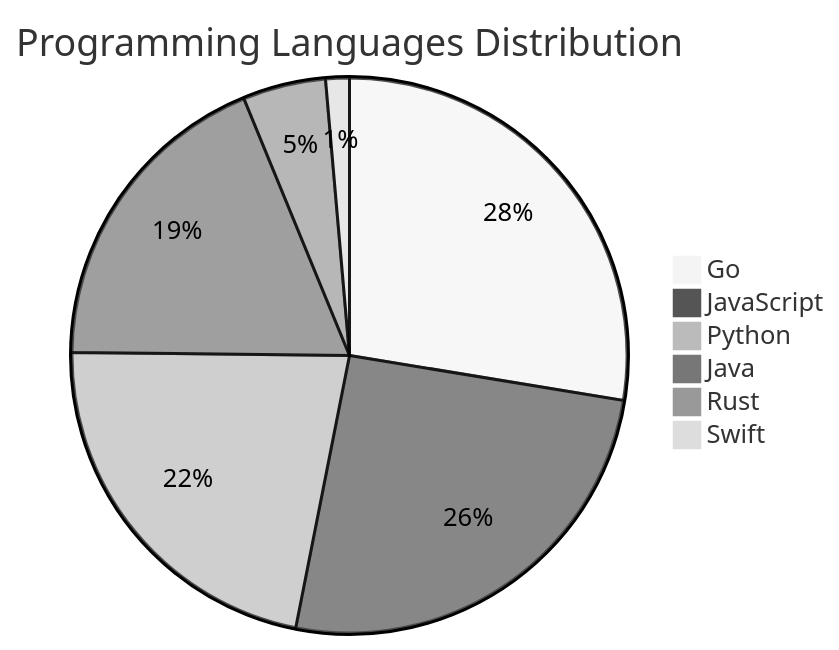
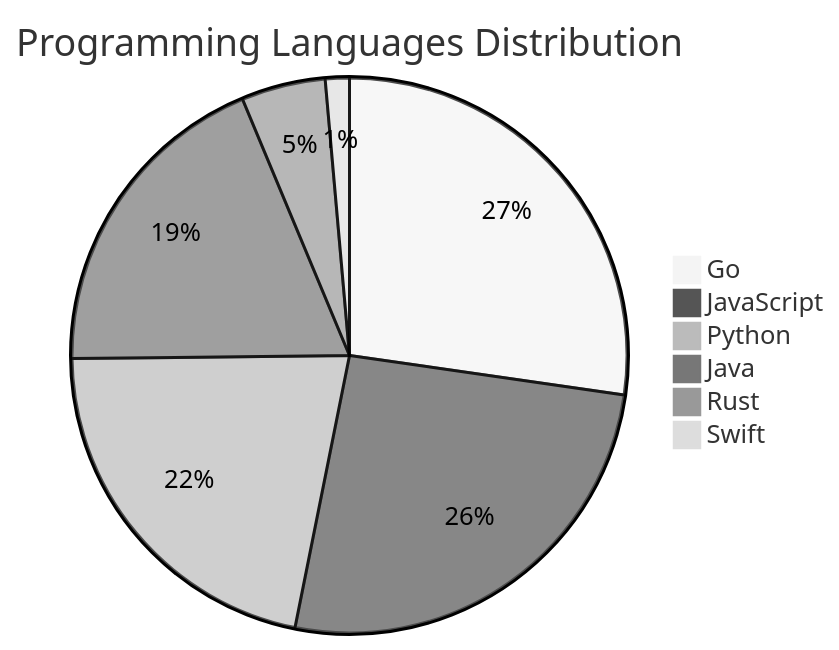
One commit to Derrick-MUGISHA/github-activity-bot changed the diagram in README.md. Above: the diagram before and after it, drawn with Mermaid (neutral theme). The commit also changed other lines of this file and 4 other files, not shown here.

````diff
--- a/README.md
+++ b/README.md
@@ -212,9 +212,9 @@
 ```mermaid
 pie title Programming Languages Distribution
-    "Go" : 40
+    "Go" : 39
     "JavaScript" : 37
-    "Python" : 32
+    "Python" : 31
     "Java" : 27
     "Rust" : 7
     "Swift" : 2
 ```
````
